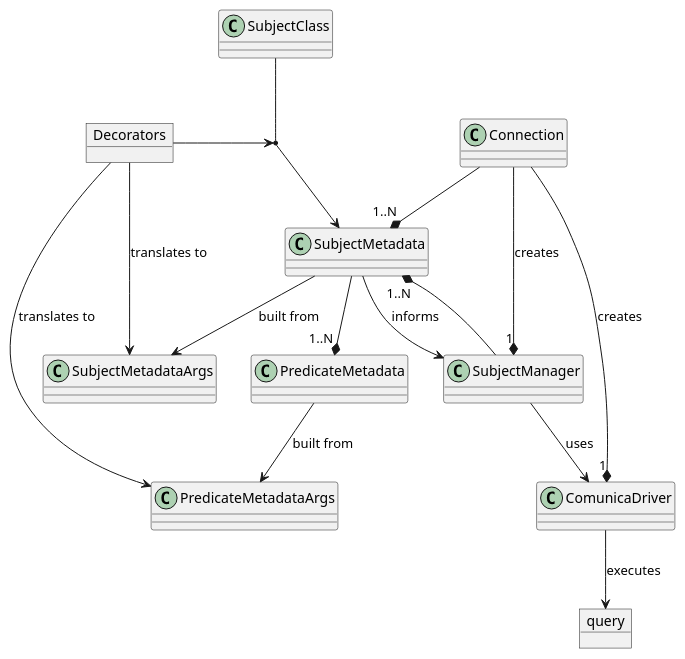
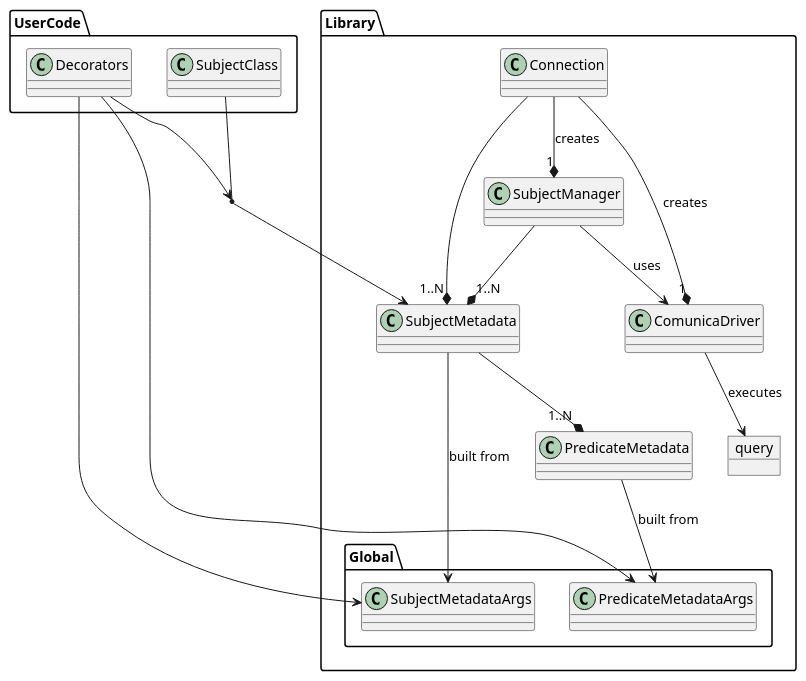
Before and after one commit to remodietlicher/graphorm: the diagram in doc/uml.puml, drawn with PlantUML.

Commit message:
use UML namespaces

```diff
--- a/doc/uml.puml
+++ b/doc/uml.puml
@@ -1,38 +1,40 @@
 @startuml sparql-orm
-object query
 
-class Connection
-Connection --* "1..N" SubjectMetadata
-Connection --* "1" SubjectManager: creates
-Connection --* "1" ComunicaDriver: creates
+namespace Library {
+    object query
+    class Connection
+    class SubjectManager
+    class SubjectMetadata
+    class PredicateMetadata
+    class ComunicaDriver
 
-class SubjectManager
-SubjectManager --> ComunicaDriver: uses
-SubjectManager --* "1..N" SubjectMetadata
+    namespace Global {
+        class SubjectMetadataArgs
+        class PredicateMetadataArgs
+    }
+}
 
-class SubjectMetadata
-SubjectMetadata --> SubjectManager: informs
-SubjectMetadata --> SubjectMetadataArgs: built from
-SubjectMetadata --* "1..N" PredicateMetadata
+namespace UserCode {
+    class Decorators
+    class SubjectClass
+}
 
-class PredicateMetadata
-PredicateMetadata --> PredicateMetadataArgs: built from
+Library.Connection --* "1..N" Library.SubjectMetadata
+Library.Connection --* "1" Library.SubjectManager: creates
+Library.Connection --* "1" Library.ComunicaDriver: creates
 
-class ComunicaDriver
-ComunicaDriver --> query: executes
+Library.SubjectManager --> Library.ComunicaDriver: uses
+Library.SubjectManager --* "1..N" Library.SubjectMetadata
 
-class SubjectClass
-SubjectClass --> SubjectMetadata
+Library.SubjectMetadata --> Library.Global.SubjectMetadataArgs: built from
+Library.SubjectMetadata --* "1..N" Library.PredicateMetadata
 
-object Decorators
-Decorators --> (SubjectClass, SubjectMetadata)
-Decorators --> SubjectMetadataArgs: translates to
-Decorators --> PredicateMetadataArgs: translates to
+Library.PredicateMetadata --> Library.Global.PredicateMetadataArgs: built from
 
-class SubjectMetadataArgs
+Library.ComunicaDriver --> query: executes
 
-class PredicateMetadataArgs
-
-
-
+UserCode.SubjectClass --> Library.SubjectMetadata
+UserCode.Decorators --> (UserCode.SubjectClass, Library.SubjectMetadata)
+UserCode.Decorators --> Library.Global.SubjectMetadataArgs
+UserCode.Decorators --> Library.Global.PredicateMetadataArgs
 @enduml
```
